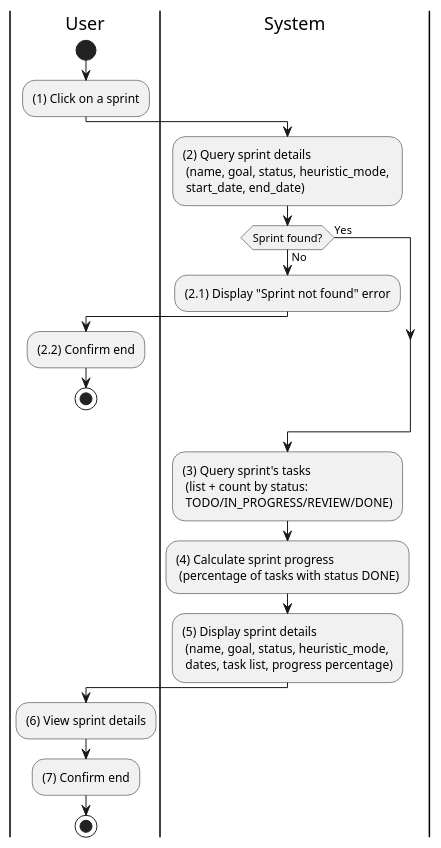
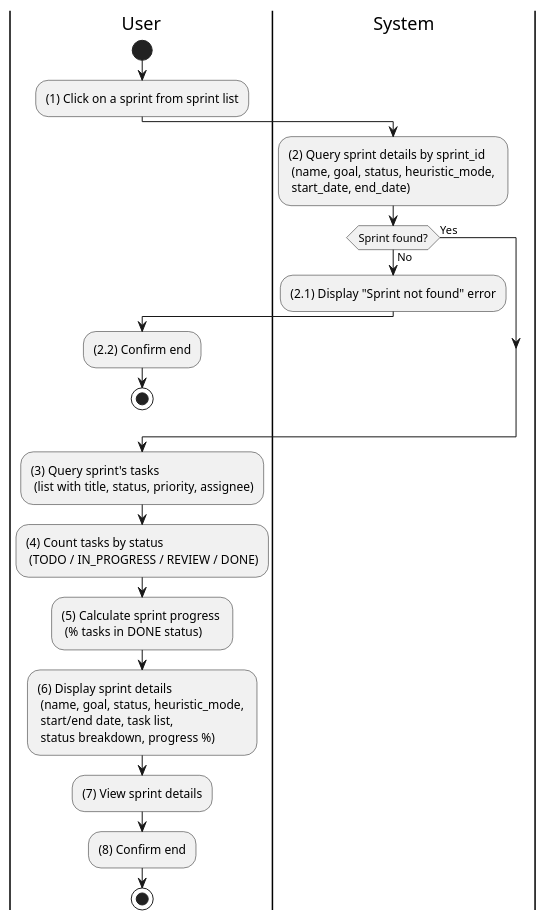
The diagram in docs/docs/activity/sprint-management/view-sprint-details.md (taskpilot-platform/taskpilot-platform.github.io), drawn with PlantUML before and after one commit. The commit also changed 9 other files, not shown here.

First line of the commit message:
docs(activity): expand 10 short activity diagram files with detailed flows

````diff
--- a/docs/docs/activity/sprint-management/view-sprint-details.md
+++ b/docs/docs/activity/sprint-management/view-sprint-details.md
@@ -3,32 +3,32 @@
 ```plantuml
 @startuml
 |U|User
 |S|System
 
 |U|
 start
-:(1) Click on a sprint;
+:(1) Click on a sprint from sprint list;
 
 |S|
-:(2) Query sprint details \n (name, goal, status, heuristic_mode, \n start_date, end_date);
+:(2) Query sprint details by sprint_id \n (name, goal, status, heuristic_mode, \n start_date, end_date);
 
 if (Sprint found?) then (No)
   :(2.1) Display "Sprint not found" error;
   |U|
   :(2.2) Confirm end;
   stop
 else (Yes)
 endif
 
-|S|
-:(3) Query sprint's tasks \n (list + count by status: \n TODO/IN_PROGRESS/REVIEW/DONE);
-:(4) Calculate sprint progress \n (percentage of tasks with status DONE);
-:(5) Display sprint details \n (name, goal, status, heuristic_mode, \n dates, task list, progress percentage);
+:(3) Query sprint's tasks \n (list with title, status, priority, assignee);
+:(4) Count tasks by status \n (TODO / IN_PROGRESS / REVIEW / DONE);
+:(5) Calculate sprint progress \n (% tasks in DONE status);
+:(6) Display sprint details \n (name, goal, status, heuristic_mode, \n start/end date, task list, \n status breakdown, progress %);
 
 |U|
-:(6) View sprint details;
-:(7) Confirm end;
+:(7) View sprint details;
+:(8) Confirm end;
 
 stop
 @enduml
 ```
````
